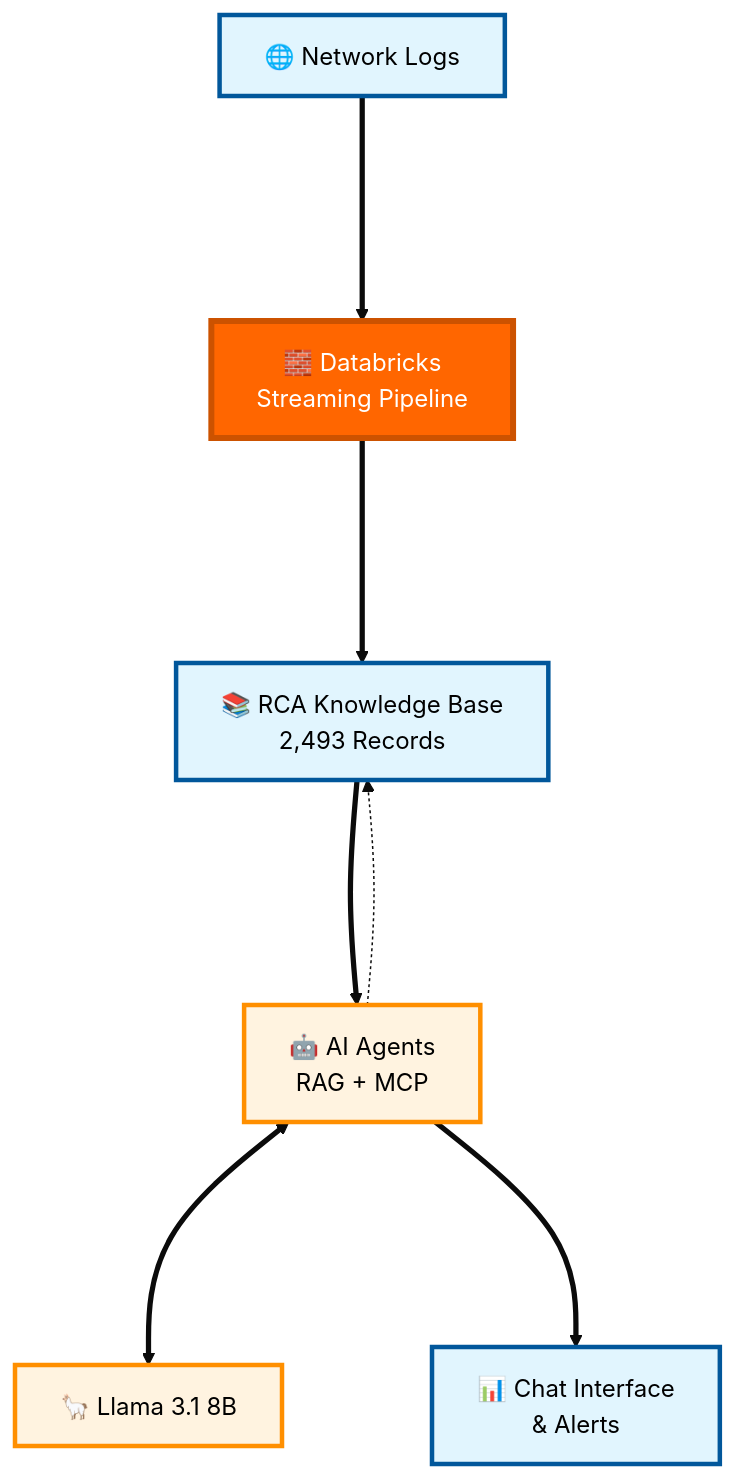
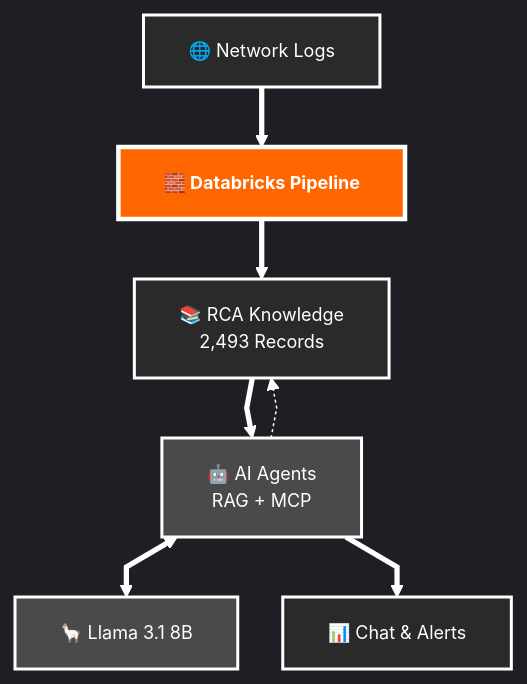
One commit to somaazure/Network-Fault-Detection-RCA-System-Databricks changed the diagram in README.md. Above: the diagram before and after it, drawn with Mermaid.

Commit message:
Improve diagram visibility with white arrows and compact layout
- Changed to dark theme for better contrast and visibility
- Set arrow color to white (lineColor: #ffffff) for clear connections
- Reduced spacing: nodeSpacing: 30, rankSpacing: 40 for compact layout
- Minimized overall image size while maintaining readability
- Enhanced stroke styling with white borders for all components
- Shortened component labels for cleaner appearance
- Linear curve style for crisp, straight arrows

🤖 Generated with [Claude Code](https://claude.ai/code)

````diff
--- a/README.md
+++ b/README.md
@@ -39,25 +39,25 @@
 ```mermaid
-%%{init: {"theme": "base", "themeVariables": {"primaryColor": "#ff6600"}, "flowchart": {"nodeSpacing": 100, "rankSpacing": 150}}}%%
+%%{init: {"theme": "dark", "themeVariables": {"primaryColor": "#ff6600", "primaryTextColor": "#ffffff", "primaryBorderColor": "#ff6600", "lineColor": "#ffffff", "edgeLabelBackground": "#333333", "clusterBkg": "#1a1a1a", "clusterBorder": "#ffffff", "mainBkg": "#2a2a2a", "secondBkg": "#1a1a1a", "tertiaryBkg": "#2a2a2a"}, "flowchart": {"nodeSpacing": 30, "rankSpacing": 40, "curve": "linear"}}}%%
 
 flowchart TD
     A["🌐 Network Logs"]
-    B["🧱 Databricks<br/>Streaming Pipeline"]
-    C["📚 RCA Knowledge Base<br/>2,493 Records"]
+    B["🧱 Databricks Pipeline"]
+    C["📚 RCA Knowledge<br/>2,493 Records"]
     D["🤖 AI Agents<br/>RAG + MCP"]
     E["🦙 Llama 3.1 8B"]
-    F["📊 Chat Interface<br/>& Alerts"]
+    F["📊 Chat & Alerts"]
 
     A ==> B
     B ==> C
     C ==> D
     D <==> E
     D ==> F
     D -.-> C
 
-    classDef default fill:#e1f5fe,stroke:#01579b,stroke-width:3px,color:#000
-    classDef databricks fill:#ff6600,stroke:#cc5200,stroke-width:4px,color:#fff
-    classDef ai fill:#fff3e0,stroke:#ff8f00,stroke-width:3px,color:#000
+    classDef default fill:#2a2a2a,stroke:#ffffff,stroke-width:2px,color:#ffffff,font-size:12px
+    classDef databricks fill:#ff6600,stroke:#ffffff,stroke-width:3px,color:#ffffff,font-size:12px,font-weight:bold
+    classDef ai fill:#4a4a4a,stroke:#ffffff,stroke-width:2px,color:#ffffff,font-size:12px
 
     class B databricks
     class D,E ai
 ```
````
